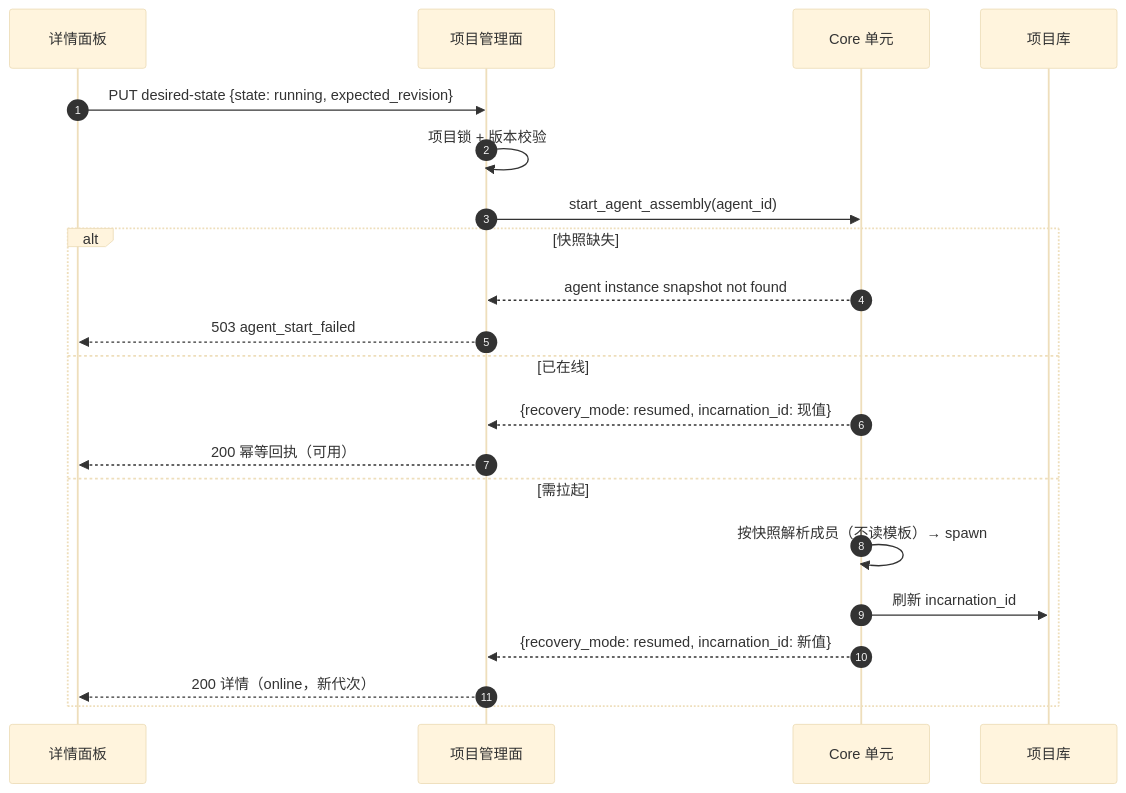
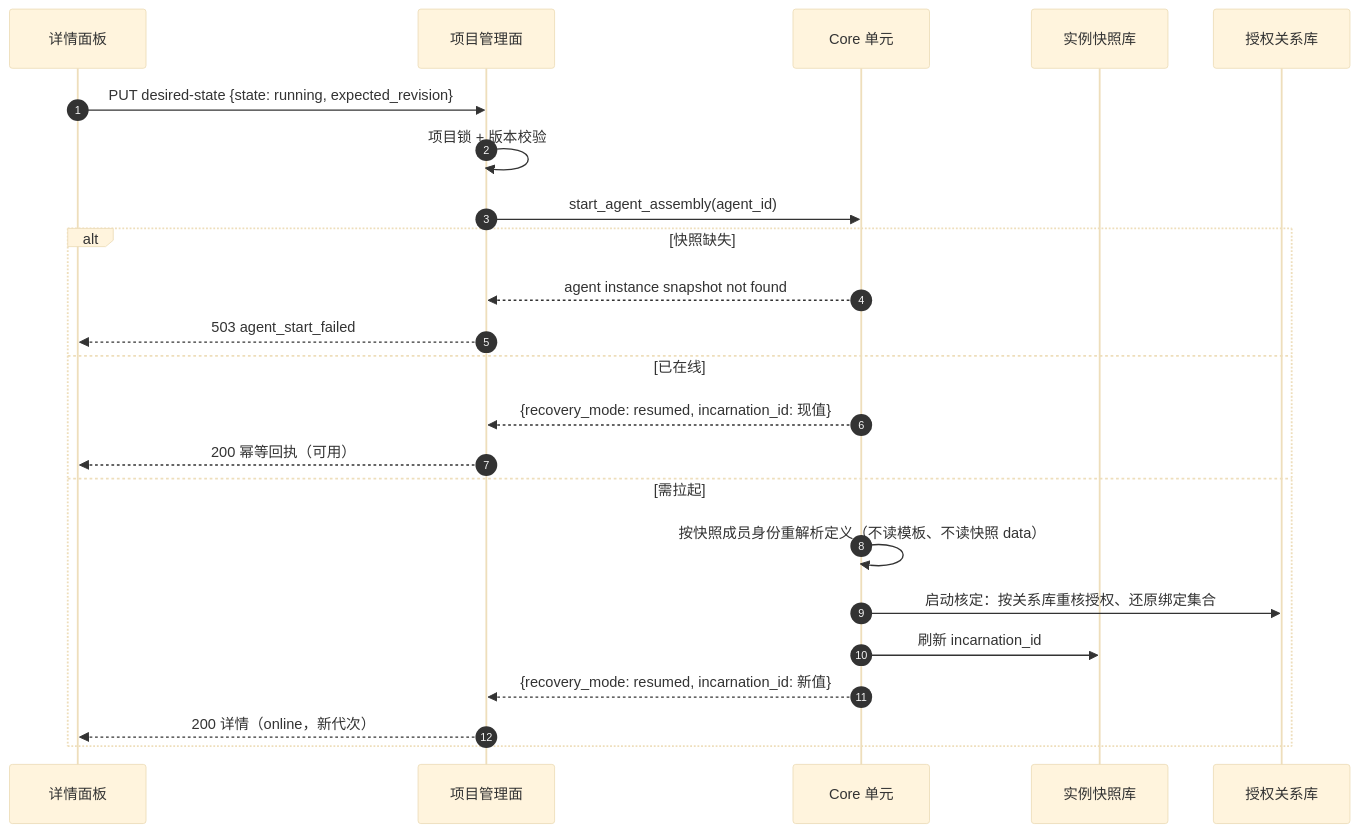
Before and after one commit to ghrah-org/ghrah-monorepo: the third of 6 diagrams in docs/ghrah-10-agent-instantiation-design.md, drawn with Mermaid (base theme). The commit also changed other lines of this file and 15 other files, not shown here.

````diff
--- a/docs/ghrah-10-agent-instantiation-design.md
+++ b/docs/ghrah-10-agent-instantiation-design.md
@@ -580,24 +668,26 @@
 ```mermaid
 sequenceDiagram
     autonumber
     participant UI as 详情面板
     participant SUB as 项目管理面
     participant CORE as Core 单元
-    participant DB as 项目库
+    participant DB as 实例快照库
+    participant REL as 授权关系库
 
     UI->>SUB: PUT desired-state {state: running, expected_revision}
     SUB->>SUB: 项目锁 + 版本校验
     SUB->>CORE: start_agent_assembly(agent_id)
     alt 快照缺失
         CORE-->>SUB: agent instance snapshot not found
         SUB-->>UI: 503 agent_start_failed
     else 已在线
         CORE-->>SUB: {recovery_mode: resumed, incarnation_id: 现值}
         SUB-->>UI: 200 幂等回执（可用）
     else 需拉起
-        CORE->>CORE: 按快照解析成员（不读模板）→ spawn
+        CORE->>CORE: 按快照成员身份重解析定义（不读模板、不读快照 data）
+        CORE->>REL: 启动核定：按关系库重核授权、还原绑定集合
         CORE->>DB: 刷新 incarnation_id
         CORE-->>SUB: {recovery_mode: resumed, incarnation_id: 新值}
         SUB-->>UI: 200 详情（online，新代次）
     end
 ```
````
